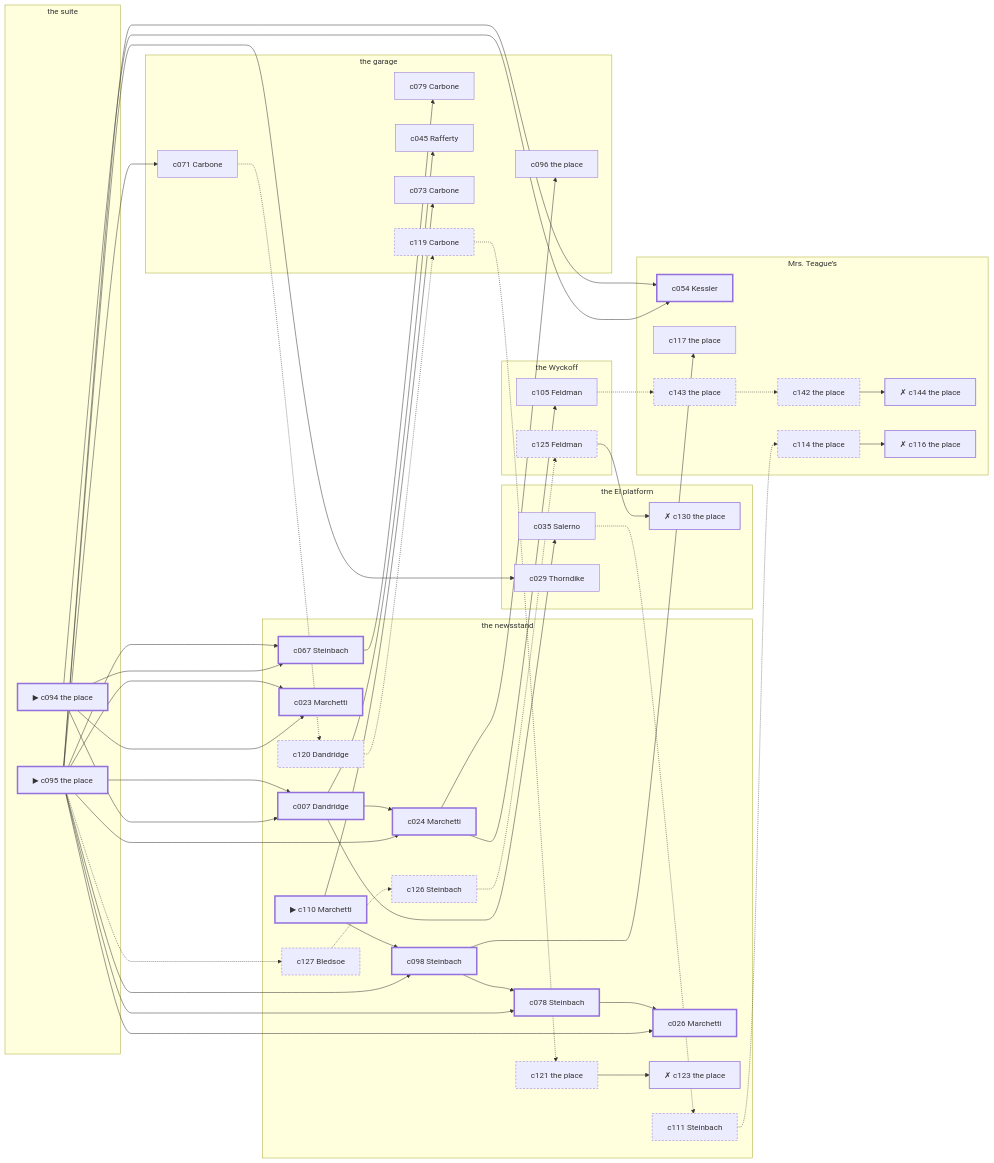
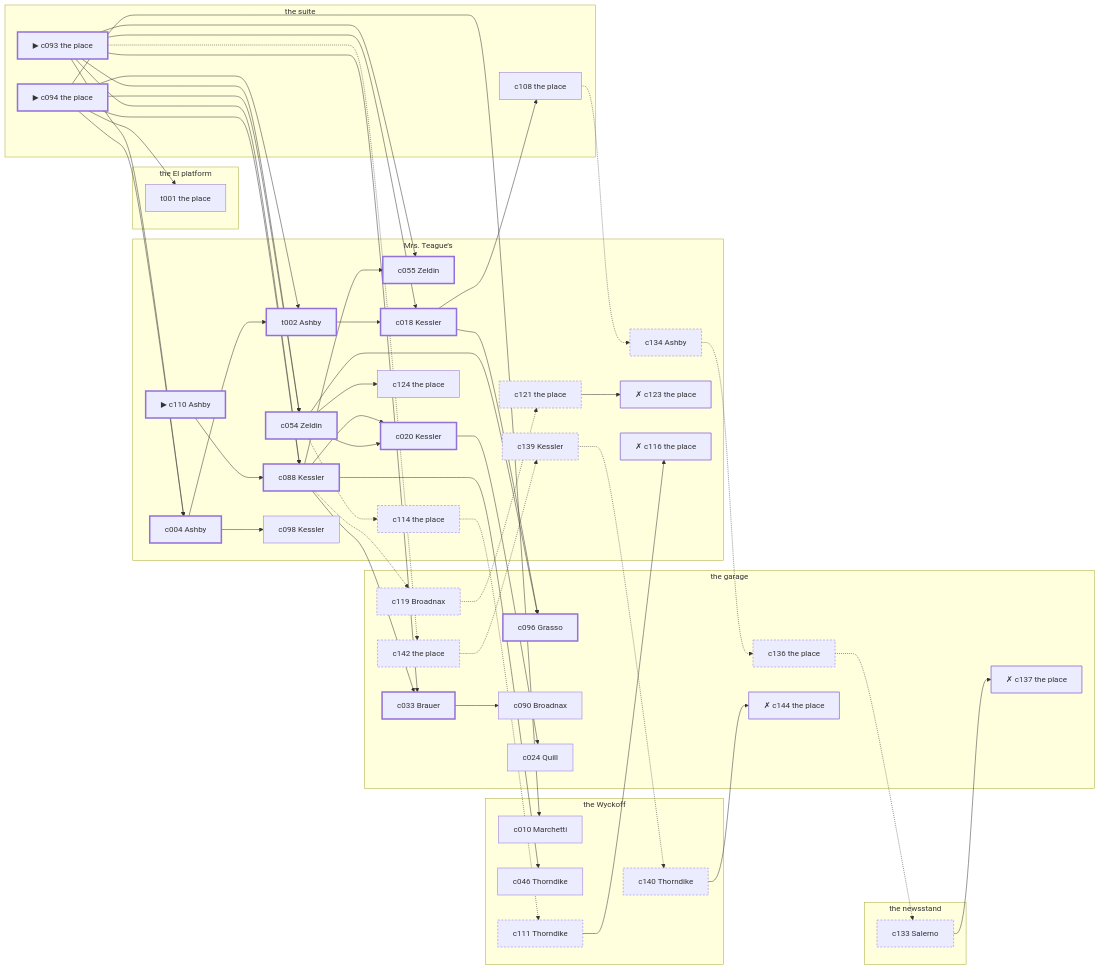
The diagram in docs/samples/case-5.md (lyamshin/dashiell), drawn with Mermaid before and after one commit. The commit also changed other lines of this file and 110 other files, not shown here.

````diff
--- a/docs/samples/case-5.md
+++ b/docs/samples/case-5.md
@@ -318,96 +703,98 @@
 ```mermaid
 graph LR
   subgraph P1["the Wyckoff"]
-    c105["c105 Feldman"]
-    c125["c125 Feldman"]
+    c010["c010 Marchetti"]
+    c046["c046 Thorndike"]
+    c140["c140 Thorndike"]
+    c111["c111 Thorndike"]
   end
   subgraph P2["Mrs. Teague’s"]
-    c054["c054 Kessler"]
-    c117["c117 the place"]
-    c143["c143 the place"]
-    c142["c142 the place"]
-    c144["✗ c144 the place"]
+    c110["▶ c110 Ashby"]
+    c004["c004 Ashby"]
+    t002["t002 Ashby"]
+    c088["c088 Kessler"]
+    c055["c055 Zeldin"]
+    c018["c018 Kessler"]
+    c054["c054 Zeldin"]
+    c020["c020 Kessler"]
+    c098["c098 Kessler"]
+    c124["c124 the place"]
+    c134["c134 Ashby"]
+    c139["c139 Kessler"]
+    c121["c121 the place"]
+    c123["✗ c123 the place"]
     c114["c114 the place"]
     c116["✗ c116 the place"]
   end
   subgraph P3["the El platform"]
-    c035["c035 Salerno"]
-    c029["c029 Thorndike"]
-    c130["✗ c130 the place"]
+    t001["t001 the place"]
   end
   subgraph P4["the newsstand"]
-    c110["▶ c110 Marchetti"]
-    c098["c098 Steinbach"]
-    c023["c023 Marchetti"]
-    c007["c007 Dandridge"]
-    c067["c067 Steinbach"]
-    c024["c024 Marchetti"]
-    c078["c078 Steinbach"]
-    c026["c026 Marchetti"]
-    c120["c120 Dandridge"]
-    c121["c121 the place"]
-    c123["✗ c123 the place"]
-    c127["c127 Bledsoe"]
-    c126["c126 Steinbach"]
-    c111["c111 Steinbach"]
+    c133["c133 Salerno"]
   end
   subgraph P5["the suite"]
+    c093["▶ c093 the place"]
     c094["▶ c094 the place"]
-    c095["▶ c095 the place"]
+    c108["c108 the place"]
   end
   subgraph P6["the garage"]
-    c079["c079 Carbone"]
-    c096["c096 the place"]
-    c071["c071 Carbone"]
-    c045["c045 Rafferty"]
-    c073["c073 Carbone"]
-    c119["c119 Carbone"]
+    c033["c033 Brauer"]
+    c096["c096 Grasso"]
+    c090["c090 Broadnax"]
+    c024["c024 Quill"]
+    c136["c136 the place"]
+    c137["✗ c137 the place"]
+    c142["c142 the place"]
+    c144["✗ c144 the place"]
+    c119["c119 Broadnax"]
   end
-  c094 --> c023
-  c094 --> c007
-  c094 --> c067
+  c093 --> c004
+  c093 --> c088
+  c093 --> c055
+  c093 --> c018
+  c093 --> c054
+  c093 --> c033
+  c093 -.-> c142
+  c094 --> c004
+  c094 --> t002
+  c094 --> c088
   c094 --> c054
-  c095 --> c098
-  c095 --> c023
-  c095 --> c007
-  c095 --> c067
-  c095 --> c024
-  c095 --> c078
-  c095 --> c026
-  c095 --> c054
-  c095 --> c071
-  c095 --> c029
-  c095 -.-> c127
-  c110 --> c098
-  c110 --> c073
-  c098 --> c078
-  c098 --> c117
-  c007 --> c024
-  c007 --> c035
-  c007 --> c045
-  c067 --> c079
-  c024 --> c105
-  c024 --> c096
-  c078 --> c026
-  c035 -.-> c111
-  c105 -.-> c143
-  c071 -.-> c120
-  c120 -.-> c119
+  c094 --> c010
+  c094 --> t001
+  c110 --> c088
+  c004 --> t002
+  c004 --> c098
+  t002 --> c018
+  c088 --> c055
+  c088 --> c020
+  c088 --> c033
+  c088 --> c046
+  c088 -.-> c119
+  c018 --> c096
+  c018 --> c108
+  c054 --> c020
+  c054 --> c096
+  c054 --> c124
+  c054 -.-> c114
+  c020 --> c024
+  c033 --> c090
+  c108 -.-> c134
+  c134 -.-> c136
+  c136 -.-> c133
+  c133 --> c137
+  c142 -.-> c139
+  c139 -.-> c140
+  c140 --> c144
   c119 -.-> c121
   c121 --> c123
-  c127 -.-> c126
-  c126 -.-> c125
-  c125 --> c130
-  c143 -.-> c142
-  c142 --> c144
-  c111 -.-> c114
-  c114 --> c116
+  c114 -.-> c111
+  c111 --> c116
   classDef spine stroke-width:3px;
   classDef corrob stroke-width:1px;
   classDef noise stroke-dasharray: 4 3;
   classDef disq stroke-width:2px,stroke-dasharray: 1 0;
-  class c094,c095,c110,c098,c023,c007,c067,c024,c078,c026,c054 spine;
-  class c079,c035,c105,c096,c071,c117,c029,c045,c073 corrob;
-  class c120,c119,c121,c127,c126,c125,c143,c142,c111,c114 noise;
-  class c123,c130,c144,c116 disq;
+  class c093,c094,c110,c004,t002,c088,c055,c018,c054,c020,c033,c096 spine;
+  class c010,t001,c098,c108,c090,c024,c046,c124 corrob;
+  class c134,c136,c133,c142,c139,c140,c119,c121,c114,c111 noise;
+  class c137,c144,c123,c116 disq;
 ```
````
